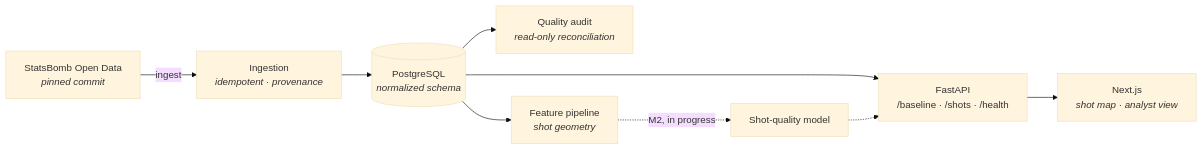
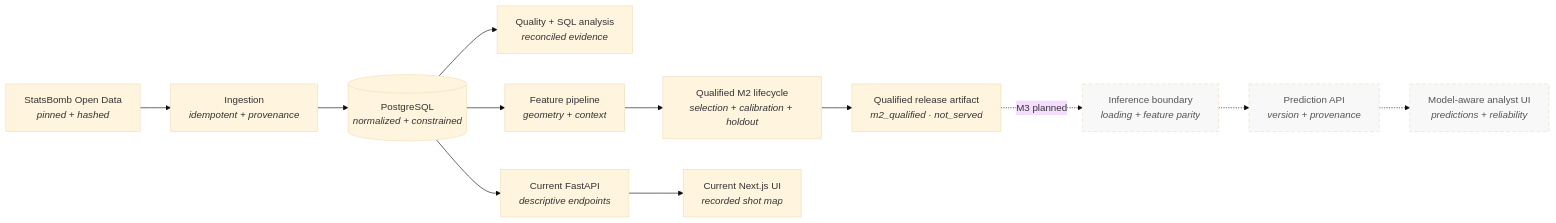
The diagram in README.md (utkuvibing/touchline-intelligence), drawn with Mermaid (base theme) before and after one commit. The commit also changed other lines of this file, not shown here.

````diff
--- a/README.md
+++ b/README.md
@@ -56,11 +150,20 @@
 ```mermaid
 flowchart LR
-    SB["StatsBomb Open Data<br/><i>pinned commit</i>"] -->|ingest| ING["Ingestion<br/><i>idempotent · provenance</i>"]
-    ING --> PG[("PostgreSQL<br/><i>normalized schema</i>")]
-    PG --> QA["Quality audit<br/><i>read-only reconciliation</i>"]
-    PG --> FEAT["Feature pipeline<br/><i>shot geometry</i>"]
-    PG --> API["FastAPI<br/>/baseline · /shots · /health"]
-    API --> WEB["Next.js<br/><i>shot map · analyst view</i>"]
-    FEAT -.->|M2, in progress| MODEL["Shot-quality model"]
-    MODEL -.-> API
+    SB["StatsBomb Open Data<br/><i>pinned + hashed</i>"] --> ING["Ingestion<br/><i>idempotent + provenance</i>"]
+    ING --> PG[("PostgreSQL<br/><i>normalized + constrained</i>")]
+
+    PG --> QA["Quality + SQL analysis<br/><i>reconciled evidence</i>"]
+    PG --> FEAT["Feature pipeline<br/><i>geometry + context</i>"]
+    FEAT --> LIFE["Qualified M2 lifecycle<br/><i>selection + calibration + holdout</i>"]
+    LIFE --> ART["Qualified release artifact<br/><i>m2_qualified · not_served</i>"]
+
+    PG --> API["Current FastAPI<br/><i>descriptive endpoints</i>"]
+    API --> WEB["Current Next.js UI<br/><i>recorded shot map</i>"]
+
+    ART -.->|M3 planned| INF["Inference boundary<br/><i>loading + feature parity</i>"]
+    INF -.-> PAPI["Prediction API<br/><i>version + provenance</i>"]
+    PAPI -.-> MWEB["Model-aware analyst UI<br/><i>predictions + reliability</i>"]
+
+    classDef planned stroke-dasharray: 6 4,fill:#f8f8f8,color:#555;
+    class INF,PAPI,MWEB planned;
 ```
````
